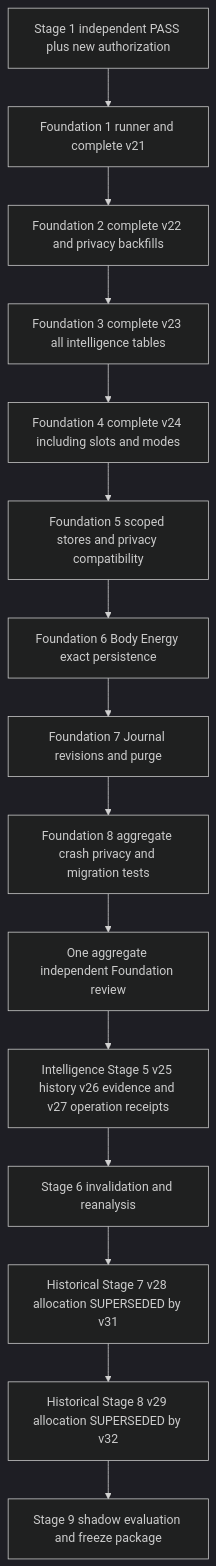
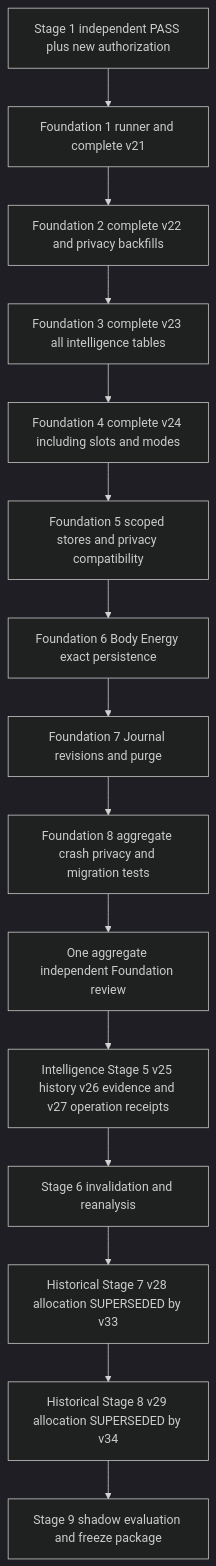
Before and after one commit to enjoyfulwen0204-eng/whoop-briefing: the sixth of 6 diagrams in docs/phase4-architecture.md, drawn with Mermaid (dark theme). The commit also changed other lines of this file and 104 other files, not shown here.

```diff
--- a/docs/phase4-architecture.md
+++ b/docs/phase4-architecture.md
@@ -3644,18 +3646,18 @@
 ~~~mermaid
 flowchart TD
     %% HISTORICAL / SUPERSEDED schema allocation: Stage 7 v28 and Stage 8 v29 are not current.
     S1[Stage 1 independent PASS plus new authorization] --> F1[Foundation 1 runner and complete v21]
     F1 --> F2[Foundation 2 complete v22 and privacy backfills]
     F2 --> F3[Foundation 3 complete v23 all intelligence tables]
     F3 --> F4[Foundation 4 complete v24 including slots and modes]
     F4 --> F5[Foundation 5 scoped stores and privacy compatibility]
     F5 --> F6[Foundation 6 Body Energy exact persistence]
     F6 --> F7[Foundation 7 Journal revisions and purge]
     F7 --> F8[Foundation 8 aggregate crash privacy and migration tests]
     F8 --> FG[One aggregate independent Foundation review]
     FG --> S5[Intelligence Stage 5 v25 history v26 evidence and v27 operation receipts]
     S5 --> S6[Stage 6 invalidation and reanalysis]
-    S6 --> S7[Historical Stage 7 v28 allocation SUPERSEDED by v31]
-    S7 --> S8[Historical Stage 8 v29 allocation SUPERSEDED by v32]
+    S6 --> S7[Historical Stage 7 v28 allocation SUPERSEDED by v33]
+    S7 --> S8[Historical Stage 8 v29 allocation SUPERSEDED by v34]
     S8 --> S9[Stage 9 shadow evaluation and freeze package]
 ~~~
```
